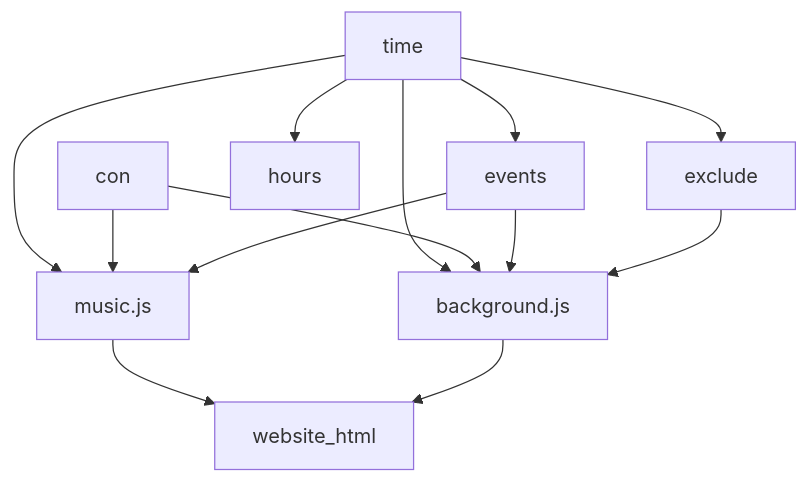
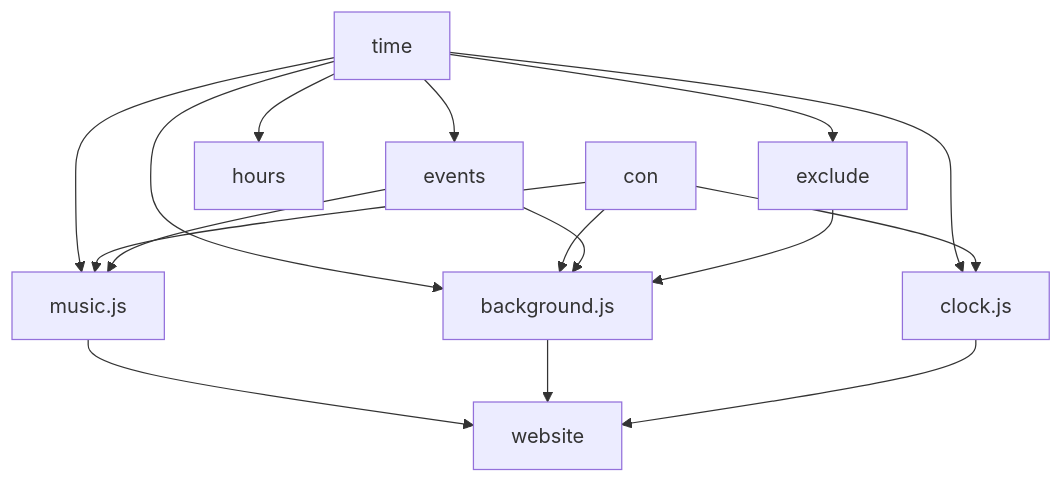
The diagram in README.md (Reper2/acnh), drawn with Mermaid before and after one commit. The commit also changed other lines of this file and 83 other files, not shown here.

````diff
--- a/README.md
+++ b/README.md
@@ -42,19 +44,22 @@
 ```mermaid
 graph TD;
     time-->events;
     time-->exclude;
     time-->hours;
     time-->music.js;
     time-->background.js;
+    time-->clock.js;
 
     con-->music.js;
     con-->background.js;
+    con-->clock.js;
 
     events-->music.js;
     events-->background.js;
 
     exclude-->background.js;
 
-    music.js-->website_html
-    background.js-->website_html
+    music.js-->website
+    background.js-->website
+    clock.js-->website
 ```
````
